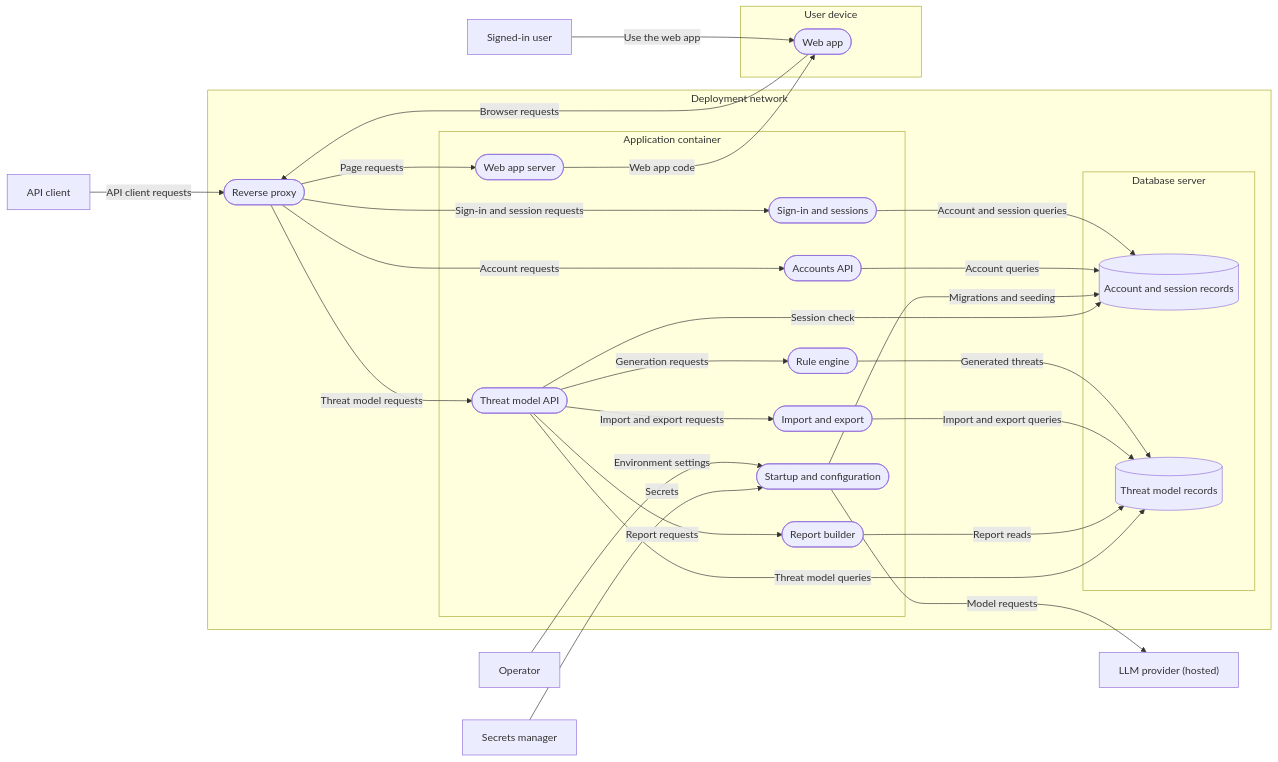
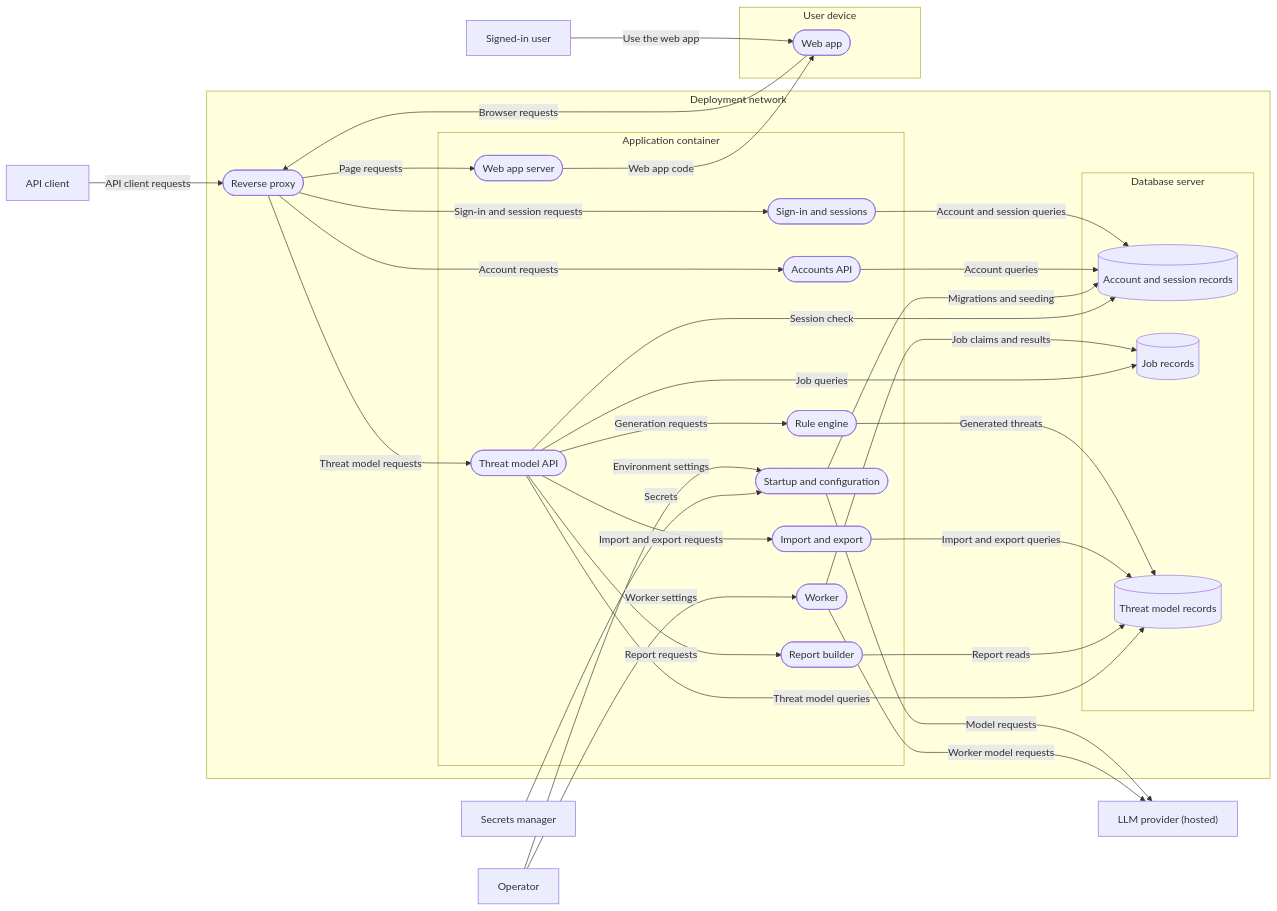
One commit to shivamsaraswat/scrylux changed the diagram in docs/threat-model/report.md. Above: the diagram before and after it, drawn with Mermaid. The commit also changed other lines of this file and 104 other files, not shown here.

First line of the commit message:
feat(api): add the worker and jobs (Phase 3 Milestone 2)

````diff
--- a/docs/threat-model/report.md
+++ b/docs/threat-model/report.md
@@ -29,50 +29,56 @@
 ```mermaid
 flowchart LR
   subgraph b1["Deployment network"]
     n2(["Reverse proxy"])
-    subgraph b15["Application container"]
-      n16(["Accounts API"])
-      n17(["Import and export"])
-      n18(["Report builder"])
-      n19(["Rule engine"])
-      n20(["Sign#45;in and sessions"])
-      n21(["Startup and configuration"])
-      n22(["Threat model API"])
-      n23(["Web app server"])
+    subgraph b17["Application container"]
+      n18(["Accounts API"])
+      n19(["Import and export"])
+      n20(["Report builder"])
+      n21(["Rule engine"])
+      n22(["Sign#45;in and sessions"])
+      n23(["Startup and configuration"])
+      n24(["Threat model API"])
+      n25(["Web app server"])
+      n26(["Worker"])
     end
-    subgraph b27["Database server"]
-      n28[("Account and session records")]
-      n29[("Threat model records")]
+    subgraph b30["Database server"]
+      n31[("Account and session records")]
+      n32[("Job records")]
+      n33[("Threat model records")]
     end
   end
-  subgraph b30["User device"]
-    n31(["Web app"])
+  subgraph b34["User device"]
+    n35(["Web app"])
   end
-  n32["API client"]
-  n33["LLM provider #40;hosted#41;"]
-  n34["Operator"]
-  n35["Secrets manager"]
-  n36["Signed#45;in user"]
-  n20 -->|"Account and session queries"| n28
-  n16 -->|"Account queries"| n28
-  n2 -->|"Account requests"| n16
-  n19 -->|"Generated threats"| n29
-  n17 -->|"Import and export queries"| n29
-  n21 -->|"Migrations and seeding"| n28
-  n2 -->|"Page requests"| n23
-  n18 -->|"Report reads"| n29
-  n22 -->|"Session check"| n28
-  n2 -->|"Sign#45;in and session requests"| n20
-  n22 -->|"Threat model queries"| n29
-  n2 -->|"Threat model requests"| n22
-  n22 -->|"Generation requests"| n19
-  n22 -->|"Import and export requests"| n17
-  n22 -->|"Report requests"| n18
-  n32 -->|"API client requests"| n2
-  n31 -->|"Browser requests"| n2
-  n34 -->|"Environment settings"| n21
-  n21 -->|"Model requests"| n33
-  n35 -->|"Secrets"| n21
-  n36 -->|"Use the web app"| n31
-  n23 -->|"Web app code"| n31
+  n36["API client"]
+  n37["LLM provider #40;hosted#41;"]
+  n38["Operator"]
+  n39["Secrets manager"]
+  n40["Signed#45;in user"]
+  n22 -->|"Account and session queries"| n31
+  n18 -->|"Account queries"| n31
+  n2 -->|"Account requests"| n18
+  n21 -->|"Generated threats"| n33
+  n19 -->|"Import and export queries"| n33
+  n26 -->|"Job claims and results"| n32
+  n24 -->|"Job queries"| n32
+  n23 -->|"Migrations and seeding"| n31
+  n2 -->|"Page requests"| n25
+  n20 -->|"Report reads"| n33
+  n24 -->|"Session check"| n31
+  n2 -->|"Sign#45;in and session requests"| n22
+  n24 -->|"Threat model queries"| n33
+  n2 -->|"Threat model requests"| n24
+  n24 -->|"Generation requests"| n21
+  n24 -->|"Import and export requests"| n19
+  n24 -->|"Report requests"| n20
+  n36 -->|"API client requests"| n2
+  n35 -->|"Browser requests"| n2
+  n38 -->|"Environment settings"| n23
+  n23 -->|"Model requests"| n37
+  n39 -->|"Secrets"| n23
+  n40 -->|"Use the web app"| n35
+  n25 -->|"Web app code"| n35
+  n26 -->|"Worker model requests"| n37
+  n38 -->|"Worker settings"| n26
 ```
````
